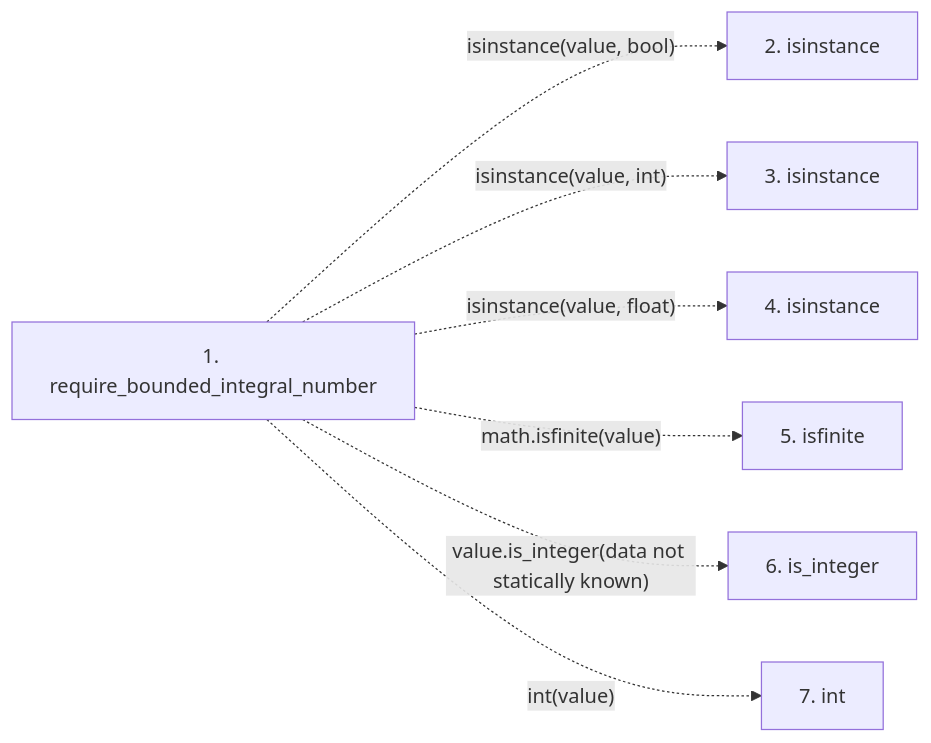
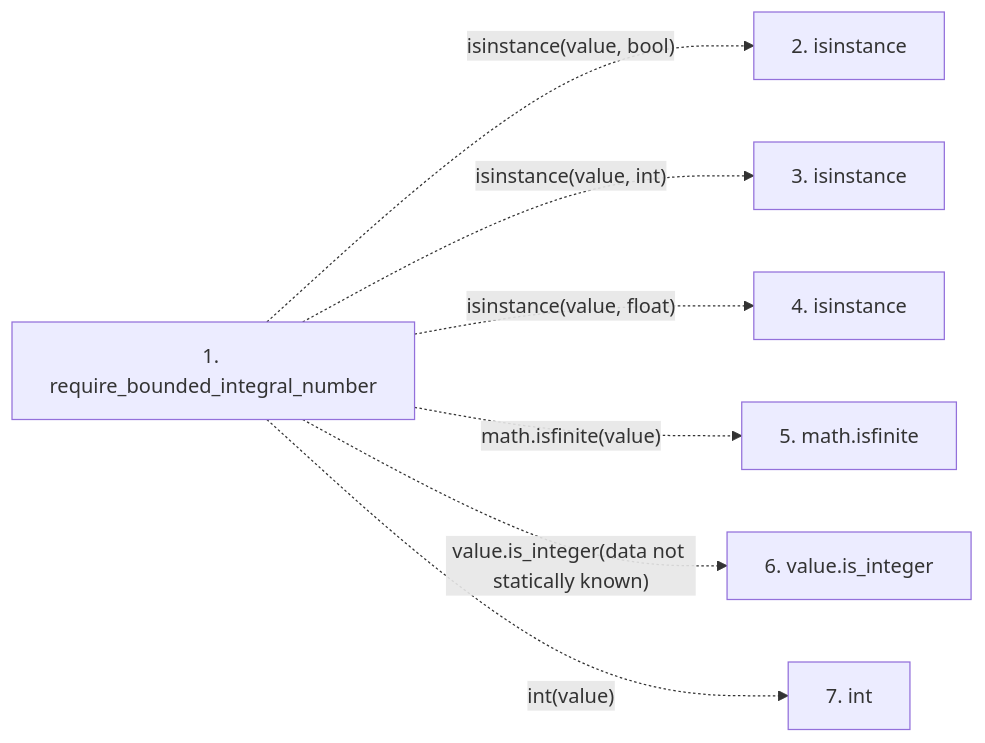
One commit to Denissvgn/python-wiki-llm changed the second of 2 diagrams in docs/llm_wiki/flows/api-require_bounded_integral_number.md. Above: the diagram before and after it, drawn with Mermaid. The commit also changed other lines of this file and 719 other files, not shown here.

````diff
--- a/docs/llm_wiki/flows/api-require_bounded_integral_number.md
+++ b/docs/llm_wiki/flows/api-require_bounded_integral_number.md
@@ -28,17 +28,17 @@
 ```mermaid
 flowchart LR
     s1["1. require_bounded_integral_number"]
     s2["2. isinstance"]
     s3["3. isinstance"]
     s4["4. isinstance"]
-    s5["5. isfinite"]
-    s6["6. is_integer"]
+    s5["5. math.isfinite"]
+    s6["6. value.is_integer"]
     s7["7. int"]
     s1 -. "isinstance(value, bool)" .-> s2
     s1 -. "isinstance(value, int)" .-> s3
     s1 -. "isinstance(value, float)" .-> s4
     s1 -. "math.isfinite(value)" .-> s5
     s1 -. "value.is_integer(data not statically known)" .-> s6
     s1 -. "int(value)" .-> s7
     click s1 "../modules/validation.md"
 ```
````
